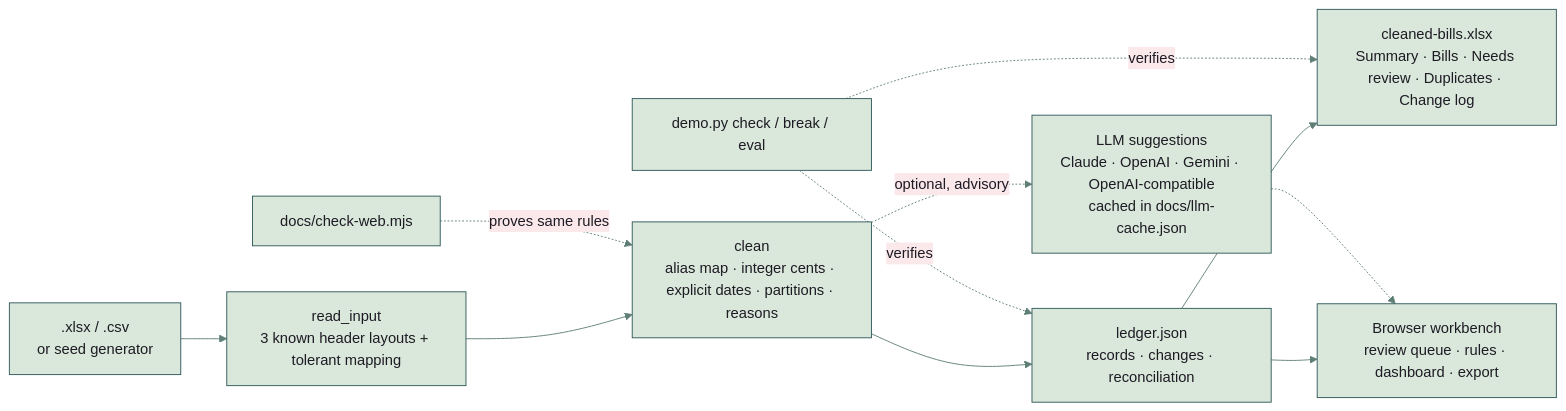
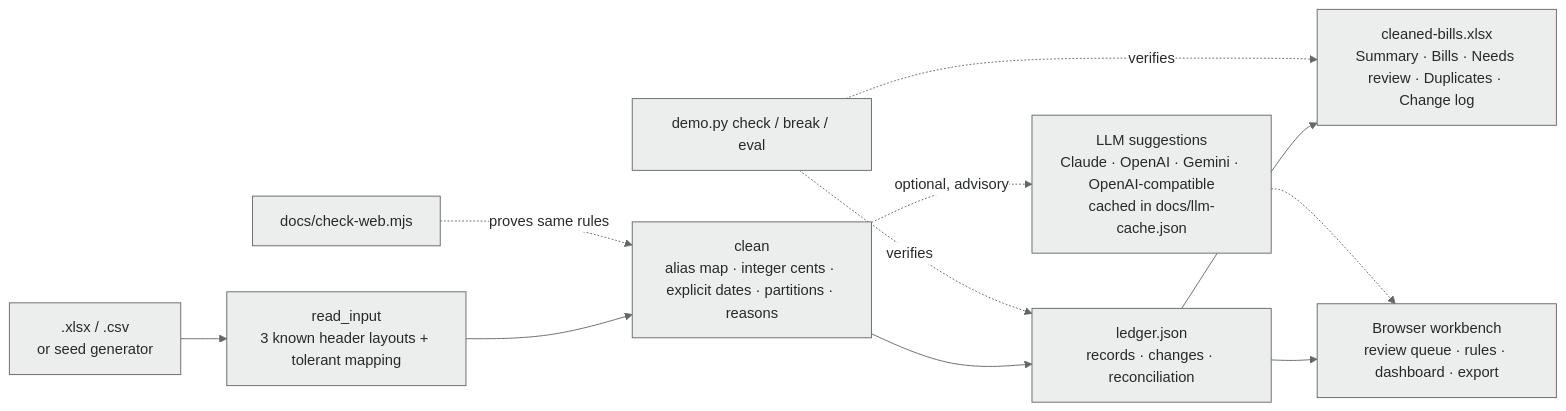
The diagram in README.md (NickkkLian/bill-categoriser), drawn with Mermaid before and after one commit. The commit also changed other lines of this file and 23 other files, not shown here.

````diff
--- a/README.md
+++ b/README.md
@@ -80,14 +80,14 @@
 ```mermaid
-%%{init: {"theme": "base", "themeVariables": {"darkMode": false, "fontFamily": "Inter, BlinkMacSystemFont, Segoe UI, Helvetica Neue, Helvetica, Arial", "primaryColor": "#dae7db", "mainBkg": "#dae7db", "primaryTextColor": "#1d1b24", "nodeTextColor": "#1d1b24", "textColor": "#1d1b24", "primaryBorderColor": "#2f5859", "nodeBorder": "#2f5859", "secondaryColor": "#fae8eb", "tertiaryColor": "#f7e9e8", "lineColor": "#5f7f76", "arrowheadColor": "#5f7f76", "defaultLinkColor": "#5f7f76", "edgeLabelBackground": "#fae8eb", "clusterBkg": "#f7e9e8", "clusterBorder": "#a8707a", "titleColor": "#7d2d44"}}}%%
+%%{init: {"theme": "base", "themeVariables": {"darkMode": false, "fontFamily": "Inter, BlinkMacSystemFont, Segoe UI, Helvetica Neue, Helvetica, Arial", "primaryColor": "#eceeed", "mainBkg": "#eceeed", "primaryTextColor": "#262b28", "nodeTextColor": "#262b28", "textColor": "#262b28", "primaryBorderColor": "#626863", "nodeBorder": "#626863", "secondaryColor": "#ffffff", "tertiaryColor": "#f4f4f3", "lineColor": "#626863", "arrowheadColor": "#626863", "defaultLinkColor": "#626863", "edgeLabelBackground": "#ffffff", "clusterBkg": "#f4f4f3", "clusterBorder": "#d3d7d3", "titleColor": "#855416"}}}%%
 flowchart LR
   A[".xlsx / .csv<br/>or seed generator"] --> B["read_input<br/>3 known header layouts + tolerant mapping"]
   B --> C["clean<br/>alias map · integer cents · explicit dates · partitions · reasons"]
   C --> D["ledger.json<br/>records · changes · reconciliation"]
   D --> E["cleaned-bills.xlsx<br/>Summary · Bills · Needs review · Duplicates · Change log"]
   D --> F["Browser workbench<br/>review queue · rules · dashboard · export"]
   C -. optional, advisory .-> G["LLM suggestions<br/>Claude · OpenAI · Gemini · OpenAI-compatible<br/>cached in docs/llm-cache.json"]
   G -.-> F
   H["demo.py check / break / eval"] -. verifies .-> D
   H -. verifies .-> E
   I["docs/check-web.mjs"] -. proves same rules .-> C
 ```
````
